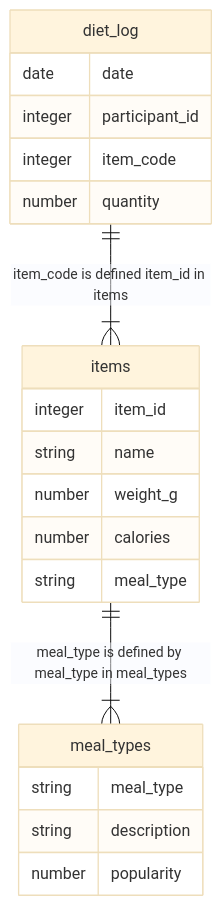
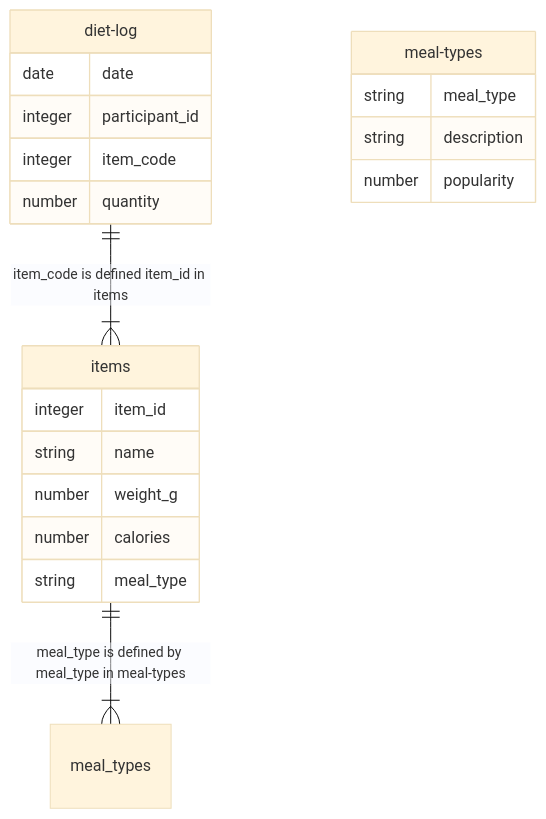
One commit to khusmann/frictionless-categorical-examples changed the diagram in table-based-categoricals/README.md. Above: the diagram before and after it, drawn with Mermaid (base theme). The commit also changed other lines of this file, not shown here.

````diff
--- a/table-based-categoricals/README.md
+++ b/table-based-categoricals/README.md
@@ -18,23 +33,23 @@
 ```mermaid
 erDiagram
-    diet_log ||--|{ items : "item_code is defined item_id in items"
-    diet_log {
+    diet-log ||--|{ items : "item_code is defined item_id in items"
+    diet-log {
         date date
         integer participant_id
         integer item_code
         number quantity
     }
-    items ||--|{ meal_types : "meal_type is defined by meal_type in meal_types"
+    items ||--|{ meal_types : "meal_type is defined by meal_type in meal-types"
     items {
         integer item_id
         string name
         number weight_g
         number calories
         string meal_type
     }
-    meal_types {
+    meal-types {
         string meal_type
         string description
         number popularity
     }
 ```
````
